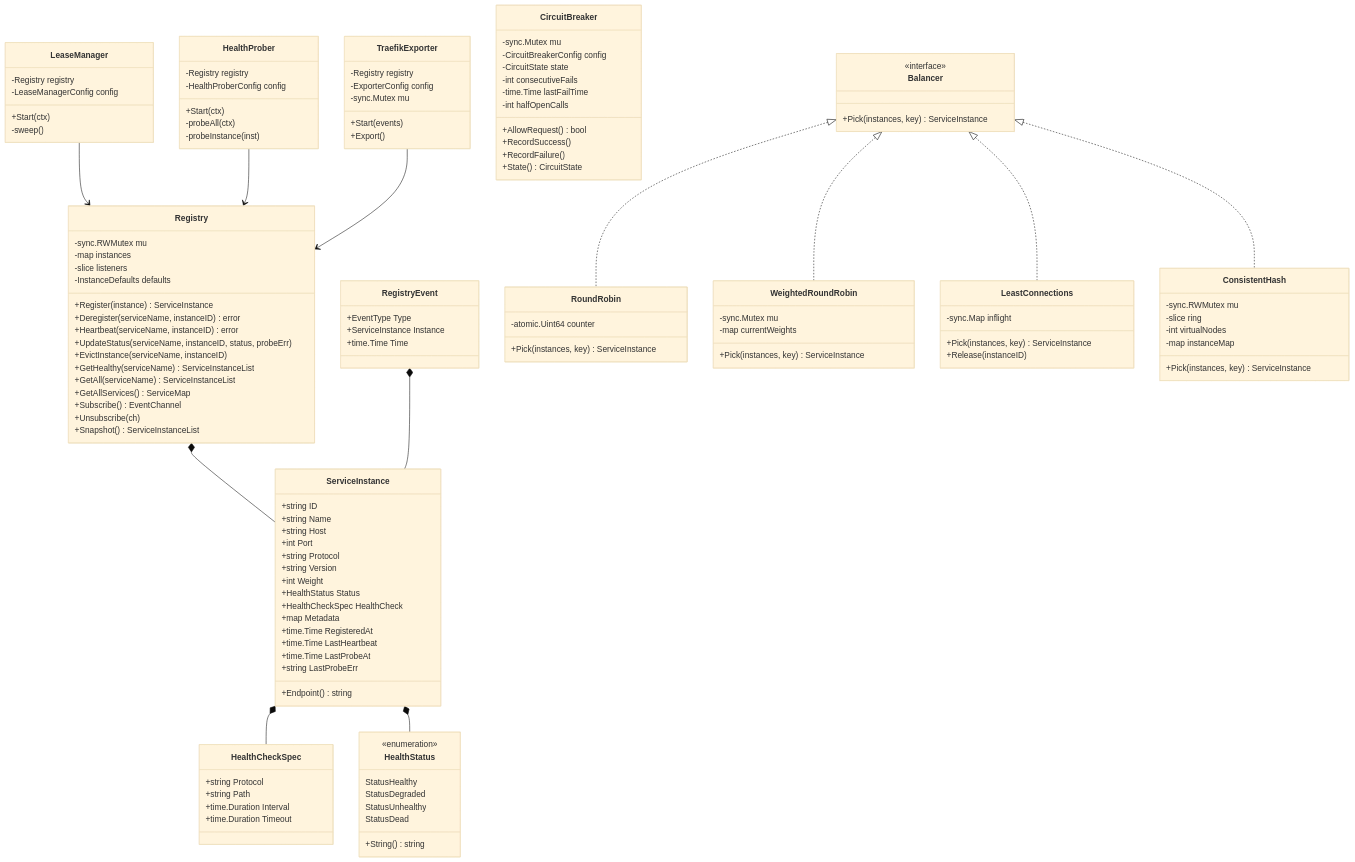
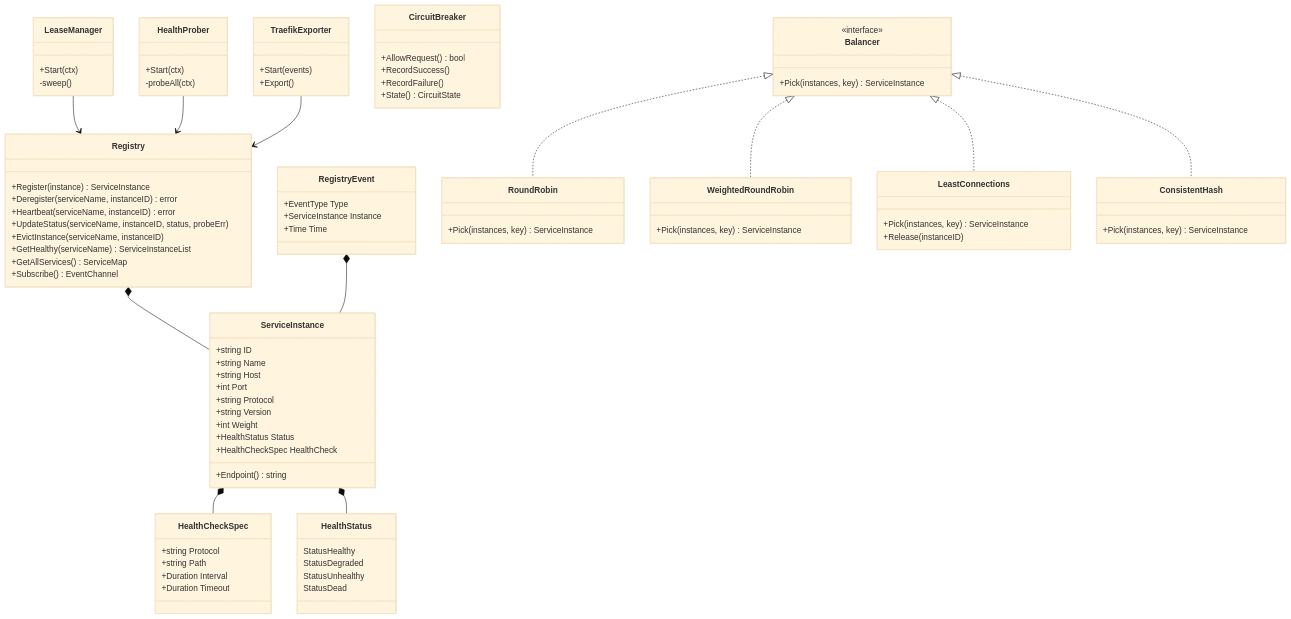
The third of 6 diagrams in packages/configs/llm-obs-infra/docs/architectureDoc/adr-0009-service-registry-and-discovery.md (Chief-Strategist-J/llm-observability-platform), drawn with Mermaid (base theme) before and after one commit. The commit also changed other lines of this file, not shown here.

Commit message:
fix(docs): universal rendering fix for all 6 Mermaid diagrams in ADR-0009

```diff
--- a/packages/configs/llm-obs-infra/docs/architectureDoc/adr-0009-service-registry-and-discovery.md
+++ b/packages/configs/llm-obs-infra/docs/architectureDoc/adr-0009-service-registry-and-discovery.md
@@ -227,67 +187,48 @@
         +int Weight
         +HealthStatus Status
         +HealthCheckSpec HealthCheck
-        +map Metadata
-        +time.Time RegisteredAt
-        +time.Time LastHeartbeat
-        +time.Time LastProbeAt
-        +string LastProbeErr
         +Endpoint() string
     }
 
     class HealthCheckSpec {
         +string Protocol
         +string Path
-        +time.Duration Interval
-        +time.Duration Timeout
+        +Duration Interval
+        +Duration Timeout
     }
 
     class HealthStatus {
-        <<enumeration>>
         StatusHealthy
         StatusDegraded
         StatusUnhealthy
         StatusDead
-        +String() string
     }
 
     class RegistryEvent {
         +EventType Type
         +ServiceInstance Instance
-        +time.Time Time
+        +Time Time
     }
 
     class Registry {
-        -sync.RWMutex mu
-        -map instances
-        -slice listeners
-        -InstanceDefaults defaults
         +Register(instance) ServiceInstance
         +Deregister(serviceName, instanceID) error
         +Heartbeat(serviceName, instanceID) error
         +UpdateStatus(serviceName, instanceID, status, probeErr)
         +EvictInstance(serviceName, instanceID)
         +GetHealthy(serviceName) ServiceInstanceList
-        +GetAll(serviceName) ServiceInstanceList
         +GetAllServices() ServiceMap
         +Subscribe() EventChannel
-        +Unsubscribe(ch)
-        +Snapshot() ServiceInstanceList
     }
 
     class LeaseManager {
-        -Registry registry
-        -LeaseManagerConfig config
         +Start(ctx)
         -sweep()
     }
 
     class HealthProber {
-        -Registry registry
-        -HealthProberConfig config
         +Start(ctx)
         -probeAll(ctx)
-        -probeInstance(inst)
     }
 
     class Balancer {
@@ -296,37 +237,23 @@
     }
 
     class RoundRobin {
-        -atomic.Uint64 counter
         +Pick(instances, key) ServiceInstance
     }
 
     class WeightedRoundRobin {
-        -sync.Mutex mu
-        -map currentWeights
         +Pick(instances, key) ServiceInstance
     }
 
     class LeastConnections {
-        -sync.Map inflight
         +Pick(instances, key) ServiceInstance
         +Release(instanceID)
     }
 
     class ConsistentHash {
-        -sync.RWMutex mu
-        -slice ring
-        -int virtualNodes
-        -map instanceMap
         +Pick(instances, key) ServiceInstance
     }
 
     class CircuitBreaker {
-        -sync.Mutex mu
-        -CircuitBreakerConfig config
-        -CircuitState state
-        -int consecutiveFails
-        -time.Time lastFailTime
-        -int halfOpenCalls
         +AllowRequest() bool
         +RecordSuccess()
         +RecordFailure()
@@ -334,9 +261,6 @@
     }
 
     class TraefikExporter {
-        -Registry registry
-        -ExporterConfig config
-        -sync.Mutex mu
         +Start(events)
         +Export()
     }
```
